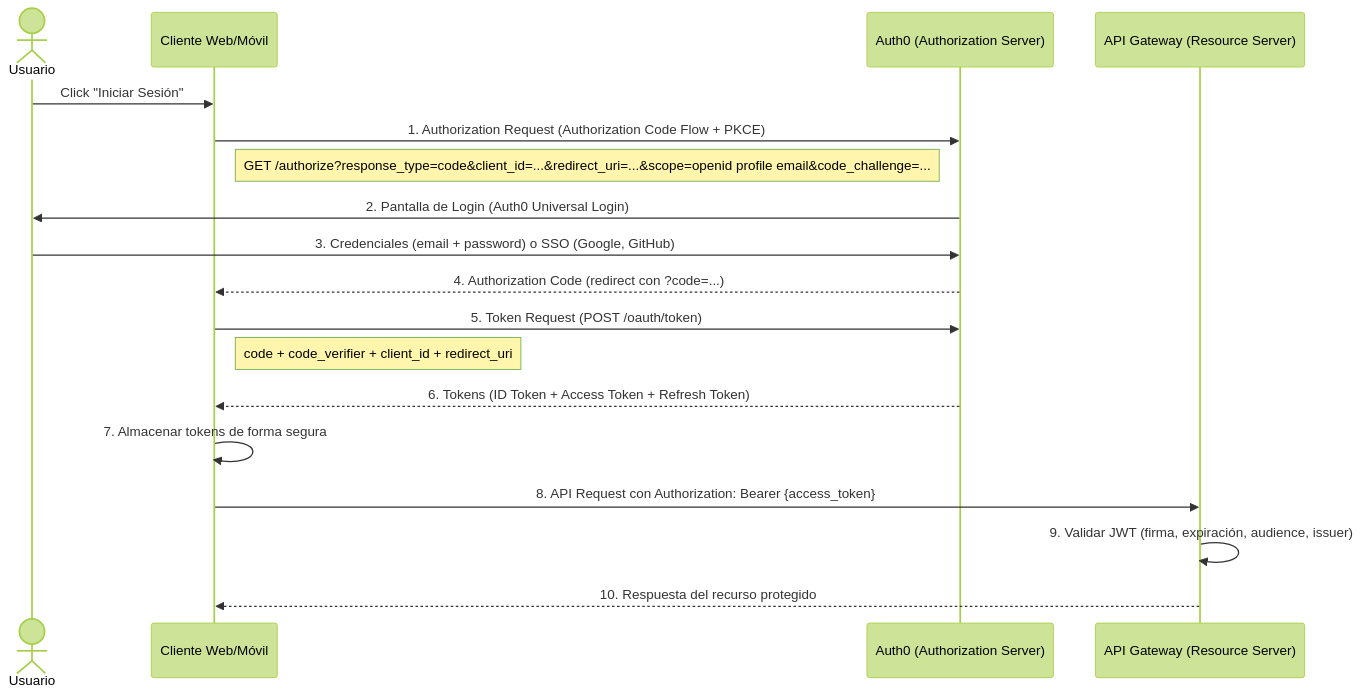
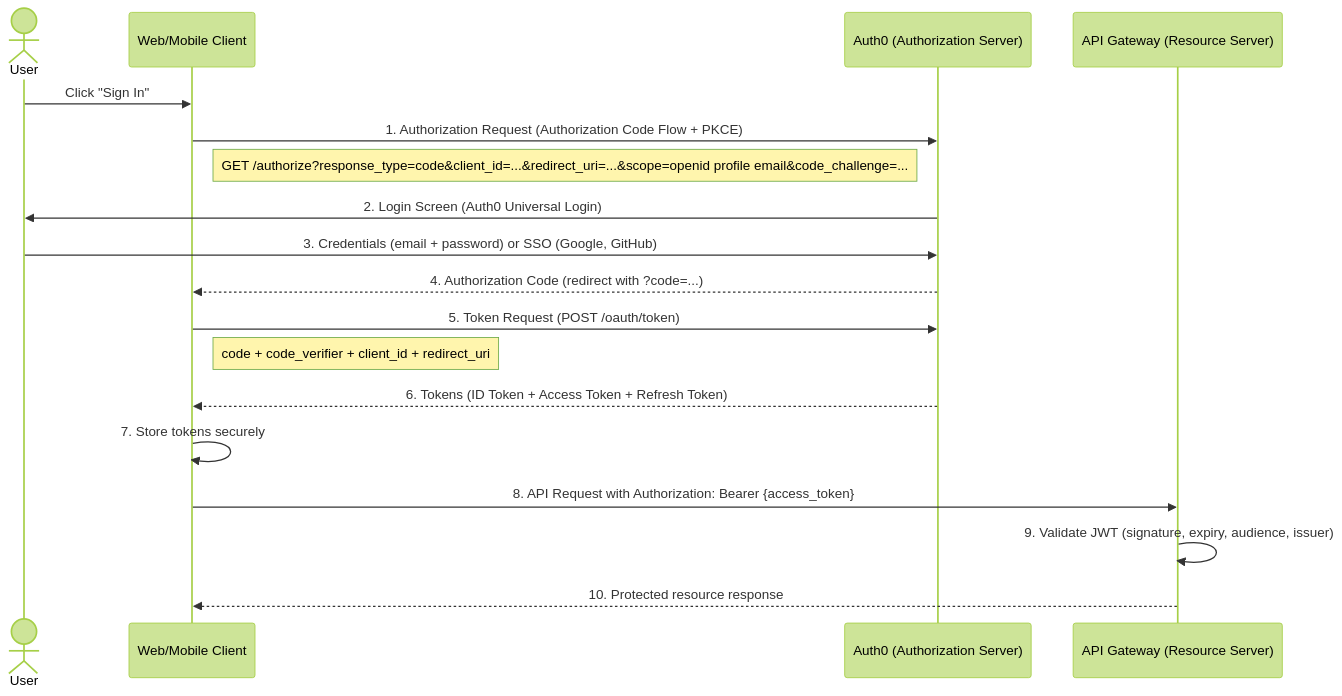
Before and after one commit to edwardsalinas/proyectoNetflix: the fifth of 6 diagrams in Netflix_Design_Doc.md, drawn with Mermaid (forest theme). The commit also changed other lines of this file and 2 other files, not shown here.

````diff
--- a/Netflix_Design_Doc.md
+++ b/Netflix_Design_Doc.md
@@ -463,21 +467,21 @@
 ```mermaid
 sequenceDiagram
-    actor Usuario
-    participant Cliente as Cliente Web/Móvil
+    actor User
+    participant Client as Web/Mobile Client
     participant Auth0 as Auth0 (Authorization Server)
     participant APIGW as API Gateway (Resource Server)
 
-    Usuario->>Cliente: Click "Iniciar Sesión"
-    Cliente->>Auth0: 1. Authorization Request (Authorization Code Flow + PKCE)
-    Note right of Cliente: GET /authorize?response_type=code&client_id=...&redirect_uri=...&scope=openid profile email&code_challenge=...
-    Auth0->>Usuario: 2. Pantalla de Login (Auth0 Universal Login)
-    Usuario->>Auth0: 3. Credenciales (email + password) o SSO (Google, GitHub)
-    Auth0-->>Cliente: 4. Authorization Code (redirect con ?code=...)
-    Cliente->>Auth0: 5. Token Request (POST /oauth/token)
-    Note right of Cliente: code + code_verifier + client_id + redirect_uri
-    Auth0-->>Cliente: 6. Tokens (ID Token + Access Token + Refresh Token)
-    Cliente->>Cliente: 7. Almacenar tokens de forma segura
-    Cliente->>APIGW: 8. API Request con Authorization: Bearer {access_token}
-    APIGW->>APIGW: 9. Validar JWT (firma, expiración, audience, issuer)
-    APIGW-->>Cliente: 10. Respuesta del recurso protegido
+    User->>Client: Click "Sign In"
+    Client->>Auth0: 1. Authorization Request (Authorization Code Flow + PKCE)
+    Note right of Client: GET /authorize?response_type=code&client_id=...&redirect_uri=...&scope=openid profile email&code_challenge=...
+    Auth0->>User: 2. Login Screen (Auth0 Universal Login)
+    User->>Auth0: 3. Credentials (email + password) or SSO (Google, GitHub)
+    Auth0-->>Client: 4. Authorization Code (redirect with ?code=...)
+    Client->>Auth0: 5. Token Request (POST /oauth/token)
+    Note right of Client: code + code_verifier + client_id + redirect_uri
+    Auth0-->>Client: 6. Tokens (ID Token + Access Token + Refresh Token)
+    Client->>Client: 7. Store tokens securely
+    Client->>APIGW: 8. API Request with Authorization: Bearer {access_token}
+    APIGW->>APIGW: 9. Validate JWT (signature, expiry, audience, issuer)
+    APIGW-->>Client: 10. Protected resource response
 ```
````
